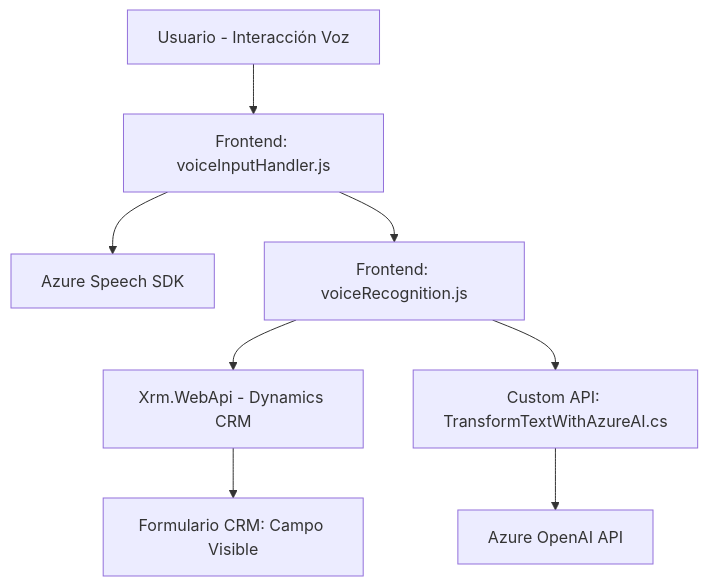
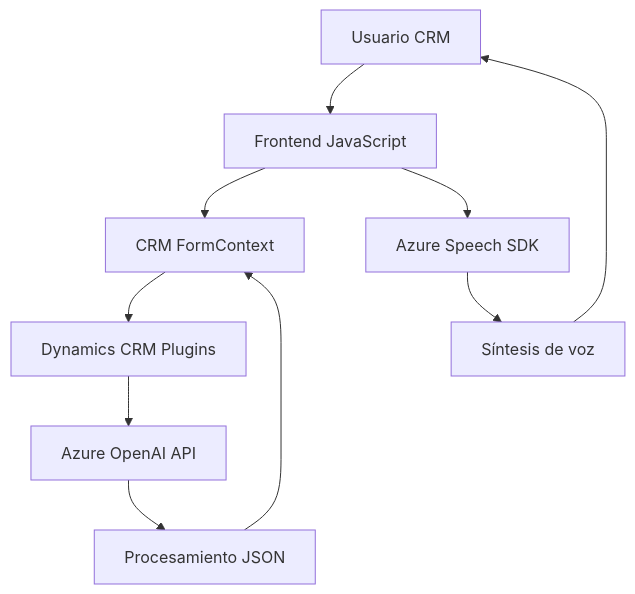
Before and after one commit to blopezdm/NETCORE_BILBAO2025: the diagram in README.md, drawn with Mermaid. The commit also changed other lines of this file, not shown here.

````diff
--- a/README.md
+++ b/README.md
@@ -43,11 +29,12 @@
 ```mermaid
 graph TD
-    A["Usuario - Interacción Voz"] --> B["Frontend: voiceInputHandler.js"]
-    B --> C["Azure Speech SDK"]
-    B --> D["Frontend: voiceRecognition.js"]
-    D --> E["Xrm.WebApi - Dynamics CRM"]
-    E --> F["Formulario CRM: Campo Visible"]
-    D --> G["Custom API: TransformTextWithAzureAI.cs"]
-    G --> H["Azure OpenAI API"]
-
+  A["Usuario CRM"] --> B["Frontend JavaScript"]
+  B-->C["CRM FormContext"]
+  B-->D["Azure Speech SDK"]
+  C-->E["Dynamics CRM Plugins"]
+  E-->F["Azure OpenAI API"]
+  F-->G["Procesamiento JSON"]
+  G-->C
+  D-->H["Síntesis de voz"]
+  H-->A
 ```
````
